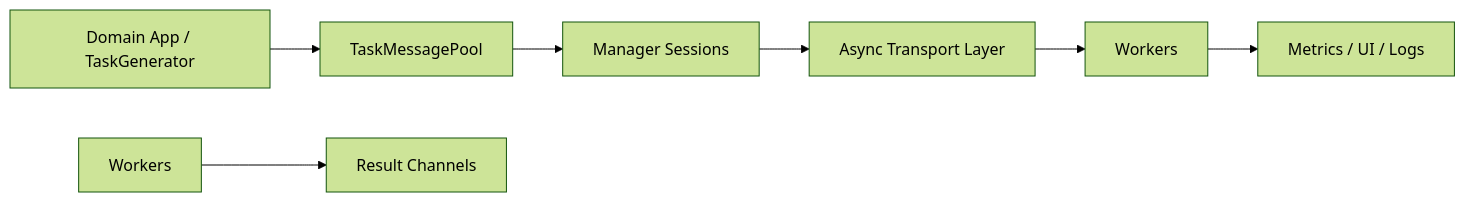
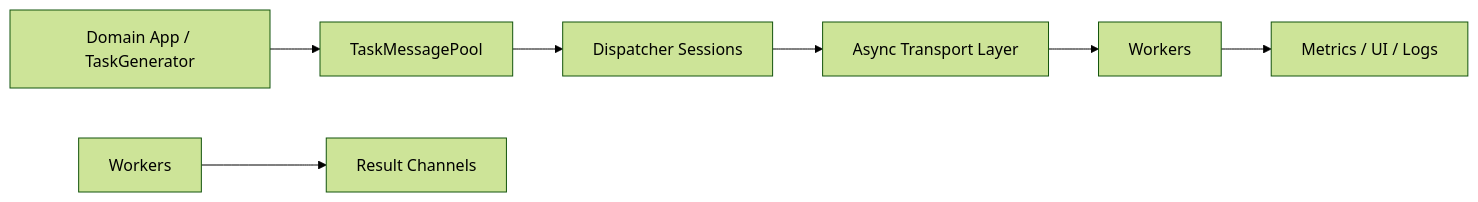
Before and after one commit to ilya-yusim/task-messenger: the diagram in README.md, drawn with Mermaid (forest theme). The commit also changed other lines of this file and 90 other files, not shown here.

First line of the commit message:
Refactor TaskMessenger to use Dispatcher instead of Manager

````diff
--- a/README.md
+++ b/README.md
@@ -13,9 +13,9 @@
 ```mermaid
 graph LR
     App[Domain App / TaskGenerator] --> Pool[TaskMessagePool]
-    Pool --> Manager[Manager Sessions]
-    Manager --> Transport[Async Transport Layer]
+    Pool --> Dispatcher[Dispatcher Sessions]
+    Dispatcher --> Transport[Async Transport Layer]
     Transport --> WorkerFleet[Workers]
     WorkerFleet --> Metrics[Metrics / UI / Logs]
     Workers[Workers] --> Results[Result Channels]
 ```
````
